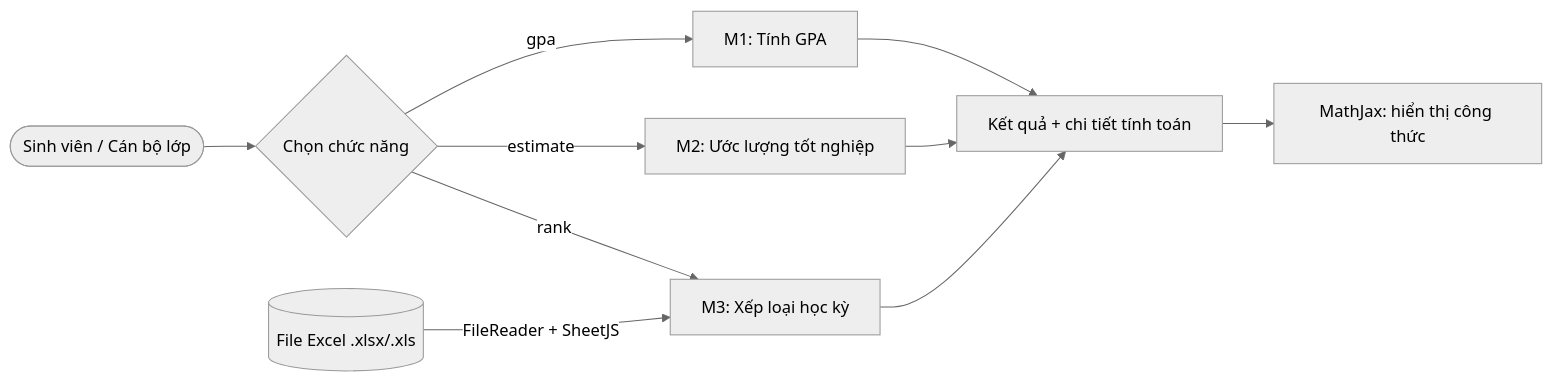
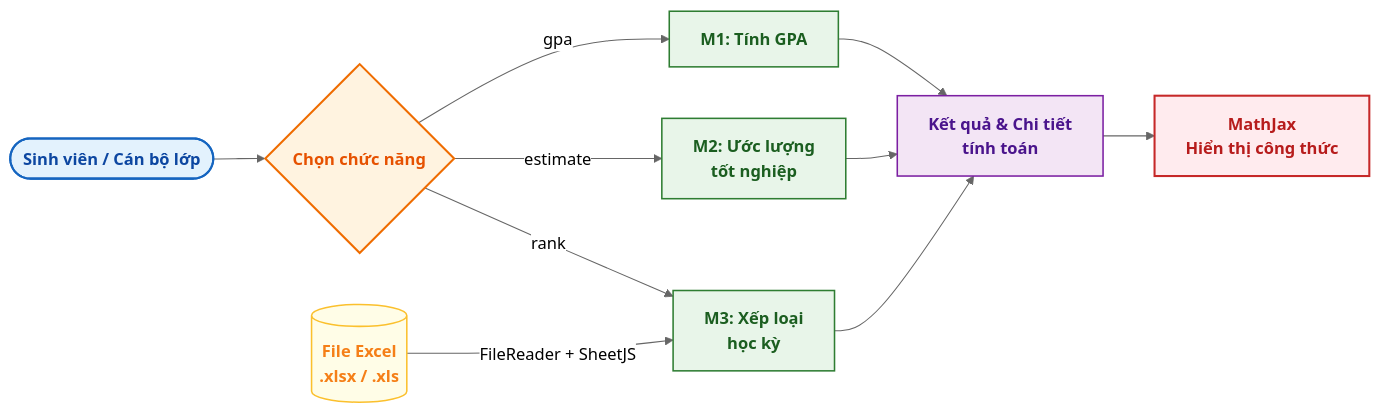
One commit to huynhthanhphong231004IT/WebPhanTichGPA_CTU changed the first of 3 diagrams in README.md. Above: the diagram before and after it, drawn with Mermaid (neutral theme).

````diff
--- a/README.md
+++ b/README.md
@@ -40,12 +40,38 @@
 ```mermaid
 flowchart LR
-    U([Sinh viên / Cán bộ lớp]) --> S{Chọn chức năng}
-    S -->|gpa| M1[M1: Tính GPA]
-    S -->|estimate| M2[M2: Ước lượng tốt nghiệp]
-    S -->|rank| M3[M3: Xếp loại học kỳ]
-    X[(File Excel .xlsx/.xls)] -->|FileReader + SheetJS| M3
-    M1 --> R[Kết quả + chi tiết tính toán]
+    %% Định nghĩa phong cách màu sắc chuẩn Academic (Nhiều màu, chuyên nghiệp)
+    classDef userNode fill:#E3F2FD,stroke:#1565C0,stroke-width:2px,color:#0D47A1,font-weight:bold;
+    classDef decisionNode fill:#FFF3E0,stroke:#EF6C00,stroke-width:2px,color:#E65100,font-weight:bold;
+    classDef moduleNode fill:#E8F5E9,stroke:#2E7D32,stroke-width:1.5px,color:#1B5E20,font-weight:bold;
+    classDef dataNode fill:#FFFDE7,stroke:#FBC02D,stroke-width:1.5px,color:#F57F17,font-weight:bold;
+    classDef resultNode fill:#F3E5F5,stroke:#7B1FA2,stroke-width:1.5px,color:#4A148C,font-weight:bold;
+    classDef mathNode fill:#FFEBEE,stroke:#C62828,stroke-width:2px,color:#B71C1C,font-weight:bold;
+
+    %% Các nút trong sơ đồ
+    U([Sinh viên / Cán bộ lớp]):::userNode
+    S{Chọn chức năng}:::decisionNode
+    
+    M1["M1: Tính GPA"]:::moduleNode
+    M2["M2: Ước lượng<br/>tốt nghiệp"]:::moduleNode
+    M3["M3: Xếp loại<br/>học kỳ"]:::moduleNode
+    
+    X[(File Excel<br/>.xlsx / .xls)]:::dataNode
+    
+    R["Kết quả & Chi tiết<br/>tính toán"]:::resultNode
+    MJ["MathJax<br/>Hiển thị công thức"]:::mathNode
+
+    %% Luồng liên kết
+    U --> S
+    
+    S -->|gpa| M1
+    S -->|estimate| M2
+    S -->|rank| M3
+    
+    X -->|FileReader + SheetJS| M3
+    
+    M1 --> R
     M2 --> R
     M3 --> R
-    R --> MJ[MathJax: hiển thị công thức]
+    
+    R --> MJ
 ```
````
